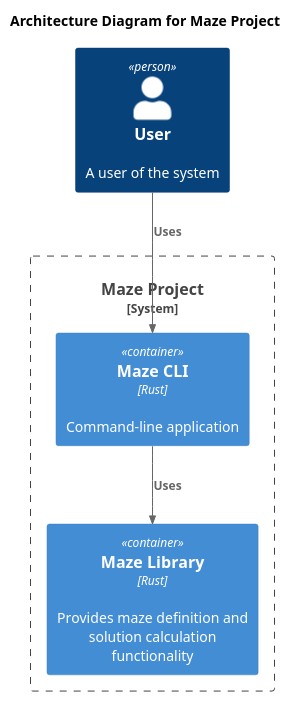
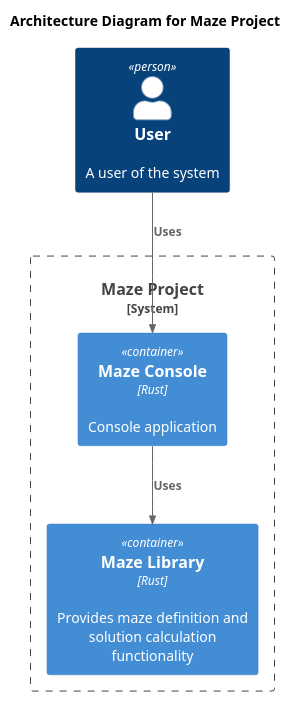
The diagram in docs/diagrams/architecture.puml (budgiedownunder/maze), drawn with PlantUML before and after one commit. The commit also changed 2 other files, not shown here.

Commit message:
Adjust for maze_cli -> console rename

```diff
--- a/docs/diagrams/architecture.puml
+++ b/docs/diagrams/architecture.puml
@@ -1,15 +1,15 @@
 @startuml
 
 !include https://raw.githubusercontent.com/plantuml-stdlib/C4-PlantUML/master/C4_Container.puml
 
 title Architecture Diagram for Maze Project
 
 Person(user, "User", "A user of the system")
 System_Boundary(c1, "Maze Project") {
-    Container(cli_app, "Maze CLI", "Rust", "Command-line application ")
+    Container(cli_app, "Maze Console", "Rust", "Console application")
     Container(maze_library, "Maze Library", "Rust", "Provides maze definition and solution calculation functionality")
 }
 
 Rel(user, cli_app, "Uses")
 Rel(cli_app, maze_library, "Uses")
 @enduml
```
